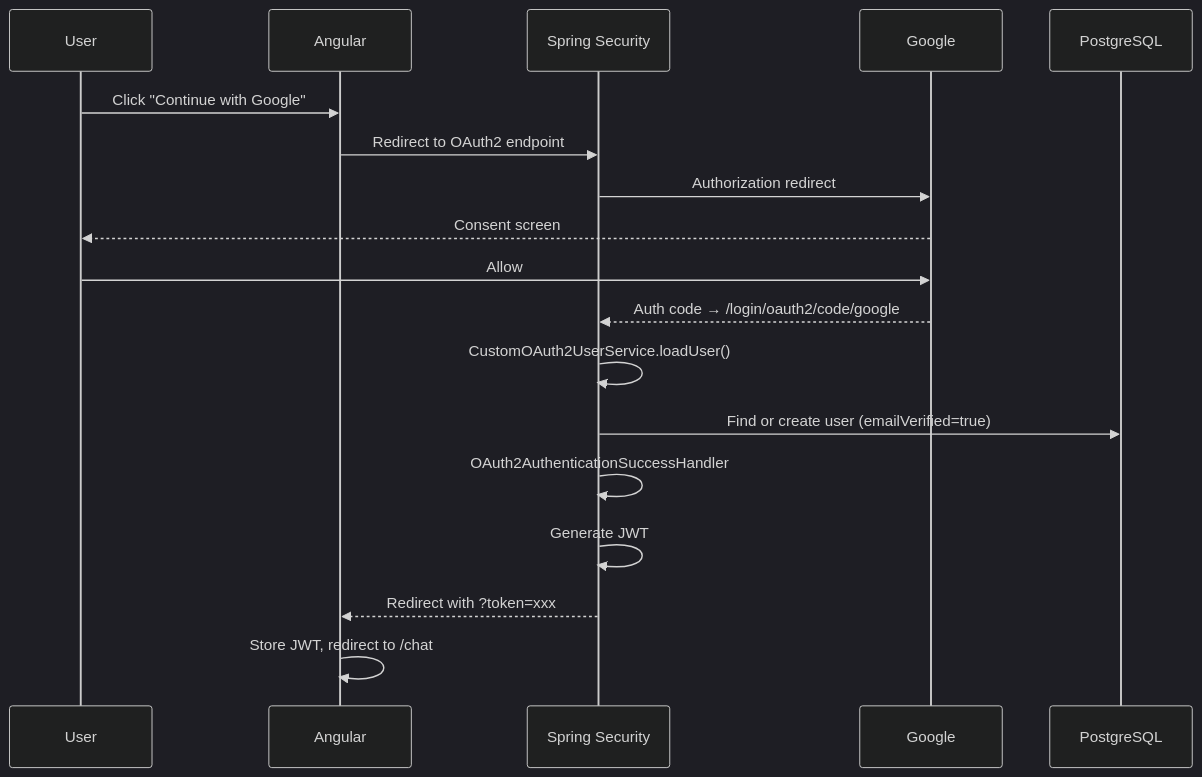
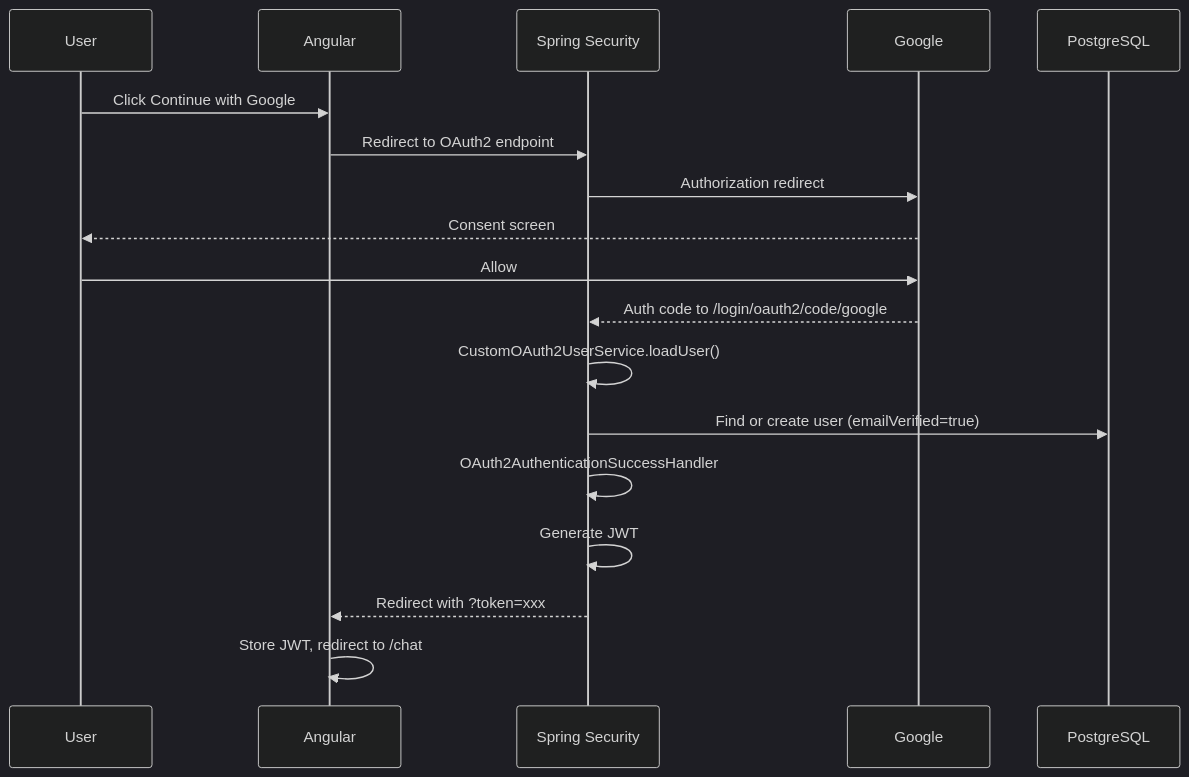
One commit to Raman-8688/secure-ai-assistant changed the fourth of 5 diagrams in README.md. Above: the diagram before and after it, drawn with Mermaid (dark theme). The commit also changed other lines of this file, not shown here.

````diff
--- a/README.md
+++ b/README.md
@@ -247,21 +247,21 @@
 ```mermaid
 sequenceDiagram
     participant U as User
     participant FE as Angular
     participant SS as Spring Security
     participant G as Google
     participant DB as PostgreSQL
 
-    U->>FE: Click "Continue with Google"
+    U->>FE: Click Continue with Google
     FE->>SS: Redirect to OAuth2 endpoint
     SS->>G: Authorization redirect
     G-->>U: Consent screen
     U->>G: Allow
-    G-->>SS: Auth code → /login/oauth2/code/google
+    G-->>SS: Auth code to /login/oauth2/code/google
     SS->>SS: CustomOAuth2UserService.loadUser()
     SS->>DB: Find or create user (emailVerified=true)
     SS->>SS: OAuth2AuthenticationSuccessHandler
     SS->>SS: Generate JWT
     SS-->>FE: Redirect with ?token=xxx
     FE->>FE: Store JWT, redirect to /chat
 ```
````
